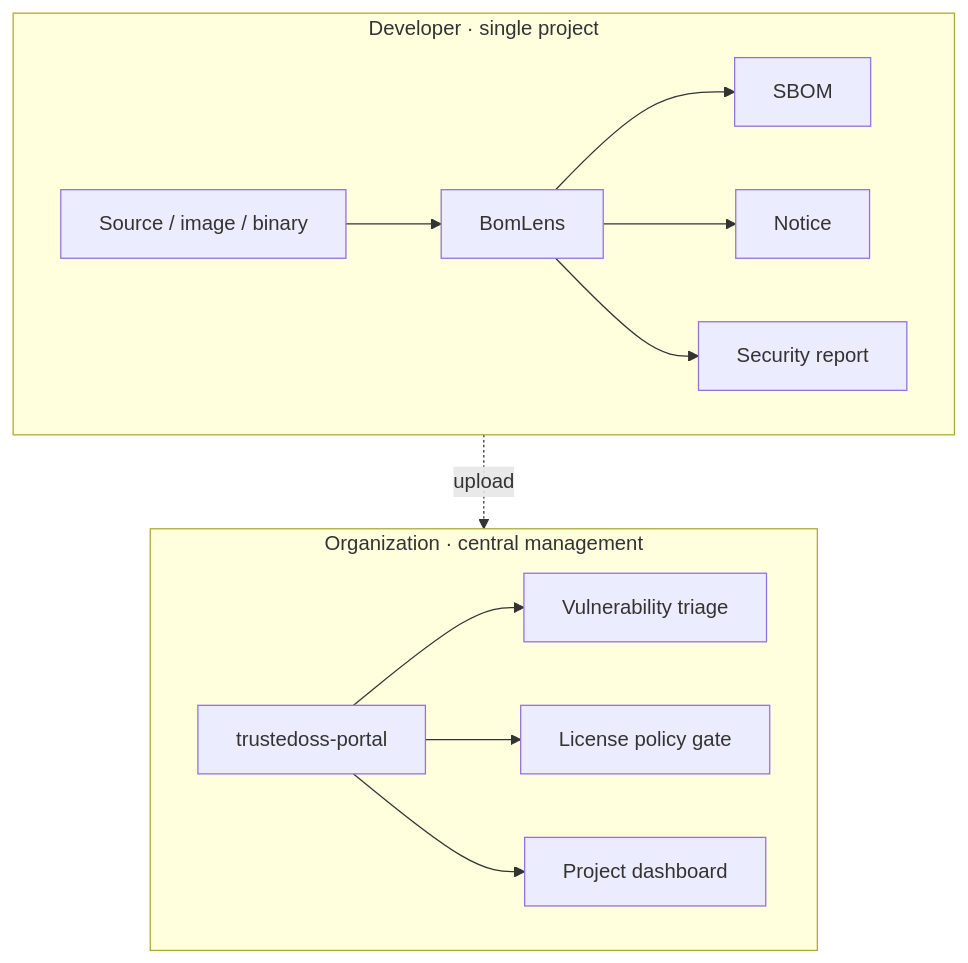
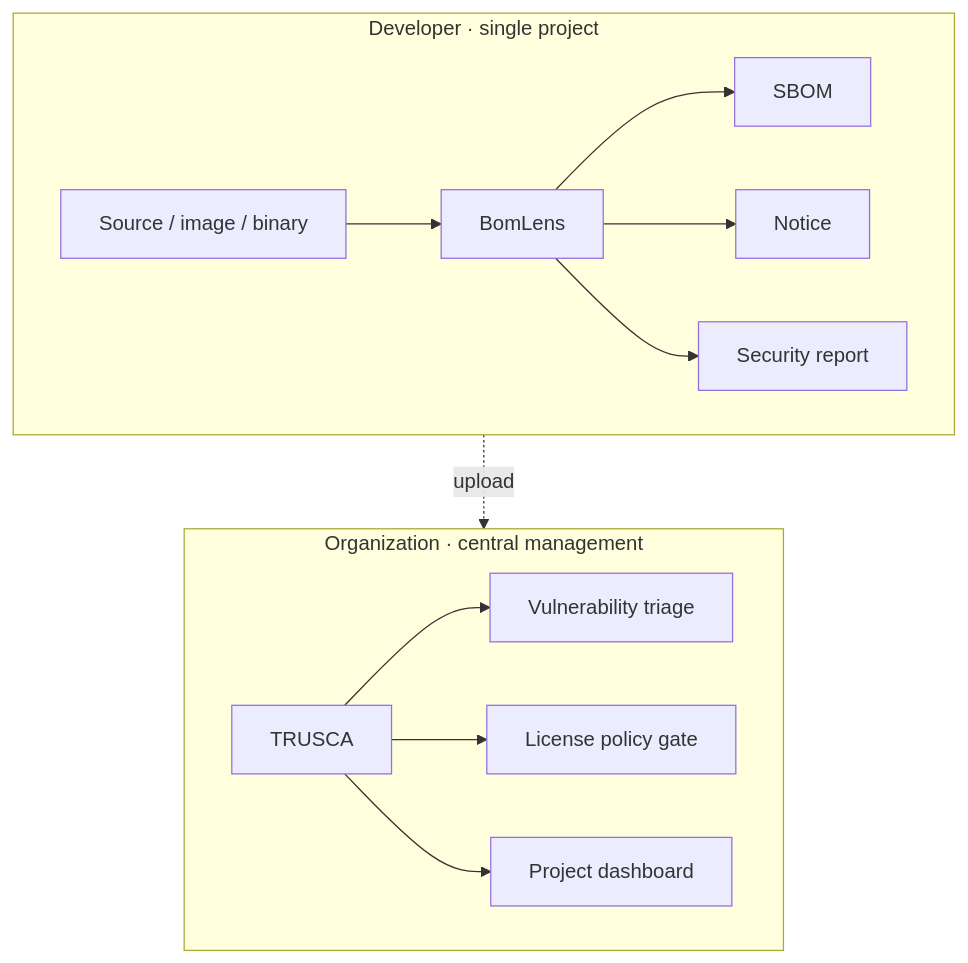
One commit to sktelecom/bomlens changed the sixth of 6 diagrams in docs/architecture.en.md. Above: the diagram before and after it, drawn with Mermaid. The commit also changed other lines of this file and 12 other files, not shown here.

First line of the commit message:
docs: rename trustedoss-portal to TRUSCA across docs and web UI comments

````diff
--- a/docs/architecture.en.md
+++ b/docs/architecture.en.md
@@ -368,17 +368,17 @@
 ```mermaid
 flowchart TB
     subgraph dev["Developer · single project"]
         direction LR
         A["Source / image / binary"] --> B["BomLens"]
         B --> C["SBOM"]
         B --> D["Notice"]
         B --> E["Security report"]
     end
     subgraph org["Organization · central management"]
         direction LR
-        F["trustedoss-portal"] --> G["Vulnerability triage"]
+        F["TRUSCA"] --> G["Vulnerability triage"]
         F --> H["License policy gate"]
         F --> I["Project dashboard"]
     end
     C -. upload .-> F
 ```
````
